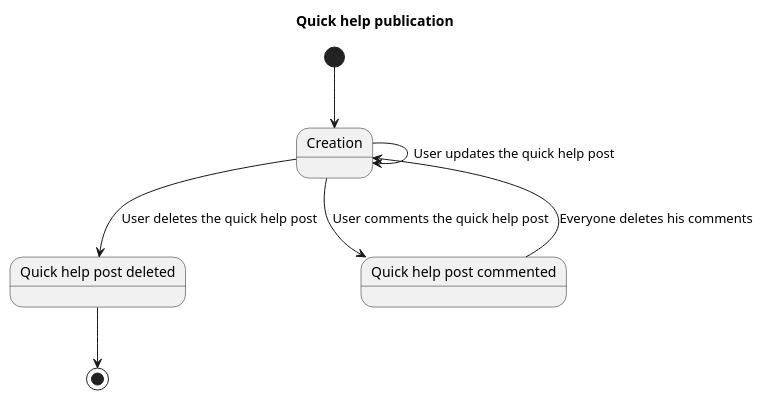
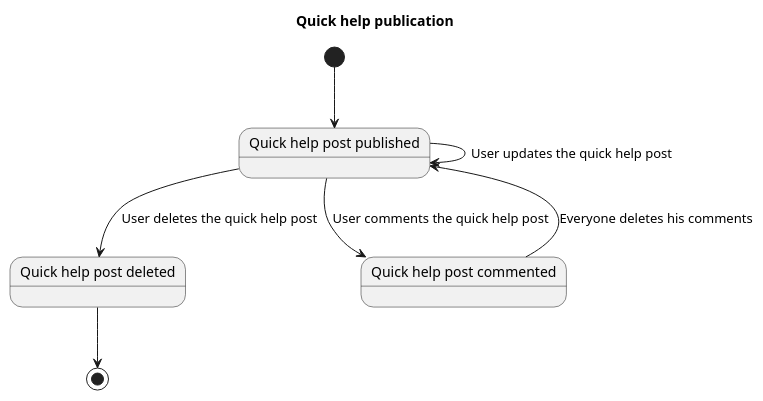
One commit to Guillaume-Dufour/coopToolProject changed the diagram in ext/stateDiagrams/quickHelpPost.puml. Above: the diagram before and after it, drawn with PlantUML. The commit also changed 2 other files, not shown here.

Commit message:
Class diagram + state diagrams ok

```diff
--- a/ext/stateDiagrams/quickHelpPost.puml
+++ b/ext/stateDiagrams/quickHelpPost.puml
@@ -1,21 +1,21 @@
 @startuml
 
 title Quick help publication
 
-state "Creation" as creationQHP
+state "Quick help post published" as creationQHP
 
 [*] --> creationQHP
 
 creationQHP --> creationQHP : User updates the quick help post
 
 state "Quick help post deleted" as deleteQHP
 state "Quick help post commented" as commentedQHP
 
 creationQHP --> deleteQHP : User deletes the quick help post
 creationQHP --> commentedQHP : User comments the quick help post
 
 commentedQHP --> creationQHP : Everyone deletes his comments
 
 deleteQHP --> [*]
 
 @enduml
```
